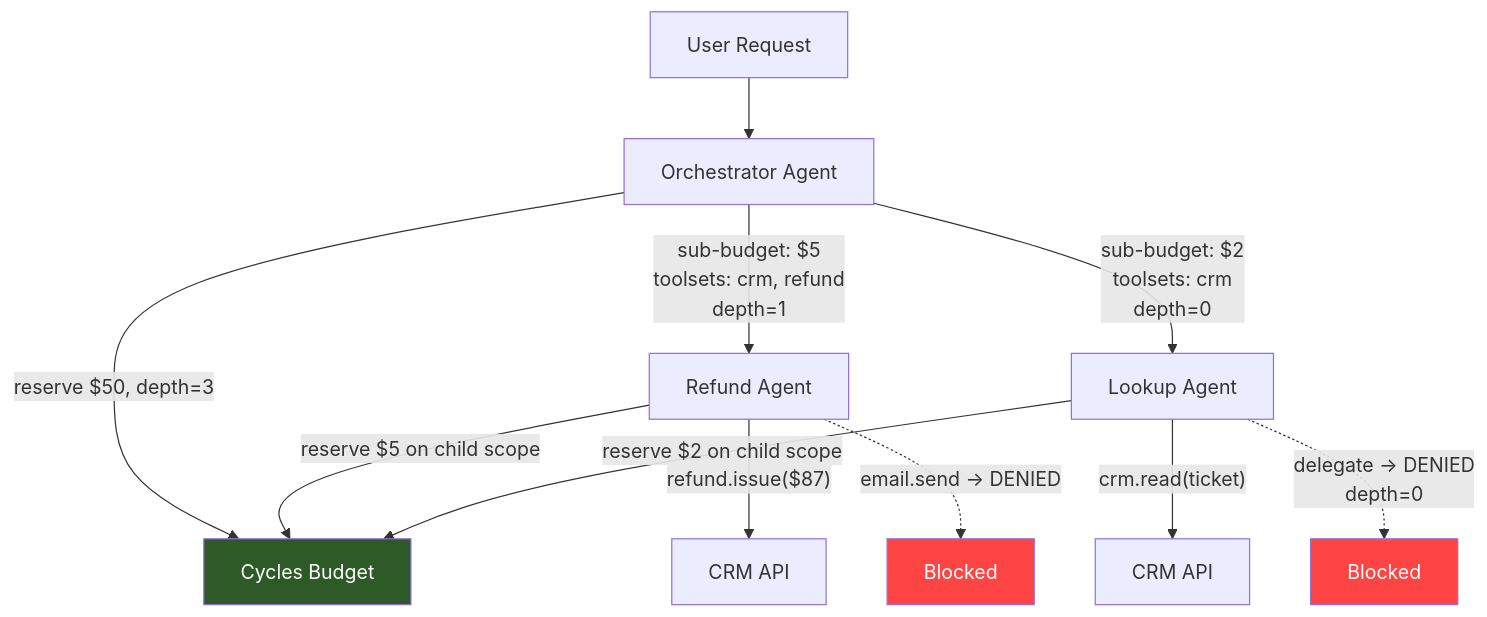
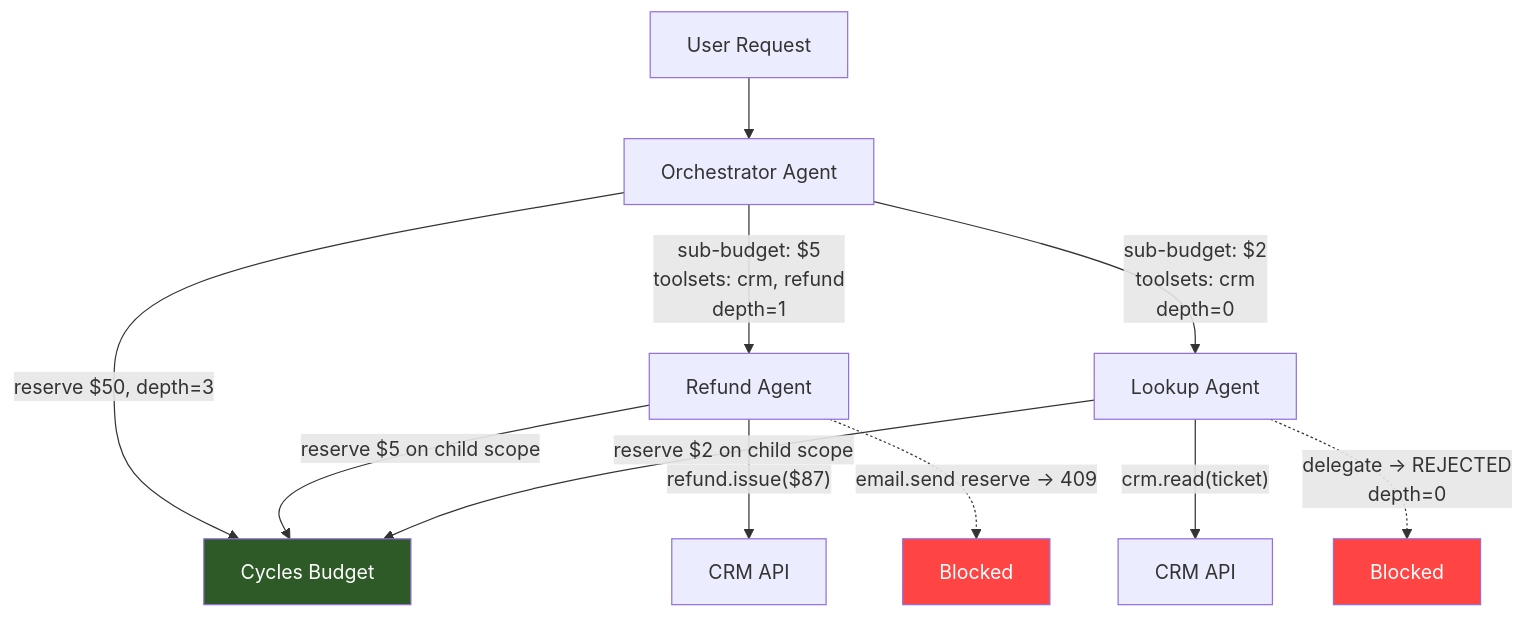
One commit to runcycles/cycles-docs changed the diagram in blog/agent-delegation-chains-authority-attenuation-not-trust-propagation.md. Above: the diagram before and after it, drawn with Mermaid. The commit also changed other lines of this file and 114 other files, not shown here.

````diff
--- a/blog/agent-delegation-chains-authority-attenuation-not-trust-propagation.md
+++ b/blog/agent-delegation-chains-authority-attenuation-not-trust-propagation.md
@@ -146,21 +151,21 @@
 ```mermaid
 flowchart TD
     U[User Request] --> O[Orchestrator Agent]
     O -->|"reserve $50, depth=3"| CB[Cycles Budget]
 
     O -->|"sub-budget: $5<br/>toolsets: crm, refund<br/>depth=1"| RA[Refund Agent]
     O -->|"sub-budget: $2<br/>toolsets: crm<br/>depth=0"| LA[Lookup Agent]
 
     RA -->|"reserve $5 on child scope"| CB
     LA -->|"reserve $2 on child scope"| CB
 
     RA -->|"refund.issue($87)"| T1[CRM API]
     LA -->|"crm.read(ticket)"| T2[CRM API]
 
-    RA -.->|"email.send → DENIED"| X1[Blocked]
-    LA -.->|"delegate → DENIED<br/>depth=0"| X2[Blocked]
+    RA -.->|"email.send reserve → 409"| X1[Blocked]
+    LA -.->|"delegate → REJECTED<br/>depth=0"| X2[Blocked]
 
     style X1 fill:#ff4444,color:#fff
     style X2 fill:#ff4444,color:#fff
     style CB fill:#2d5a27,color:#fff
 ```
````
